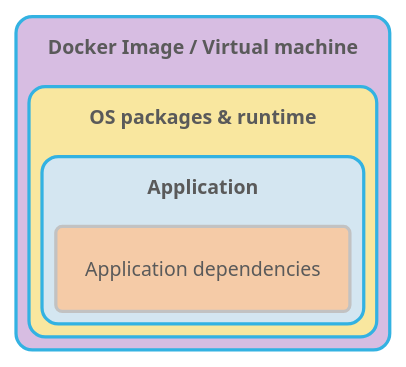
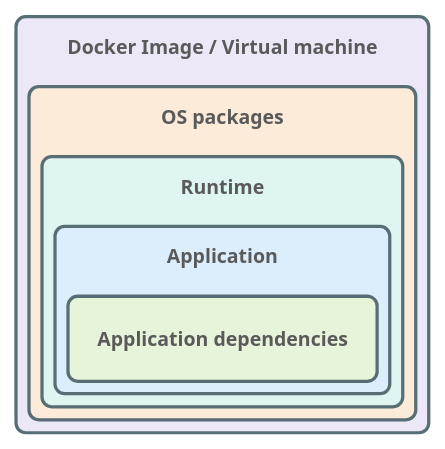
The diagram in Presentation/architecture.puml (johanjanssen/Keep-Up-To-Date), drawn with PlantUML before and after one commit. The commit also changed 5 other files, not shown here.

```diff
--- a/Presentation/architecture.puml
+++ b/Presentation/architecture.puml
@@ -1,16 +1,22 @@
 @startuml
 !theme bluegray
 !pragma layout smetana
 skinparam backgroundColor transparent
+skinparam roundCorner 12
+skinparam rectangle {
+    BorderColor #586e75
+    FontStyle bold
+}
 
-rectangle "Docker Image / Virtual machine" #D7BDE2 {
-    rectangle "OS packages & runtime" #F9E79F {
-        rectangle "Application" #D4E6F1 {
-            rectangle "Application dependencies" #F5CBA7 {
+rectangle "Docker Image / Virtual machine" #ECE8F7 {
+    rectangle "OS packages" #FDEBD9 {
+        rectangle "Runtime" #DFF5F2 {
+            rectangle "Application" #DCEEFB {
+                rectangle "Application dependencies" #E6F4D9 {
+                }
             }
         }
     }
 }
 
-
 @enduml
```
